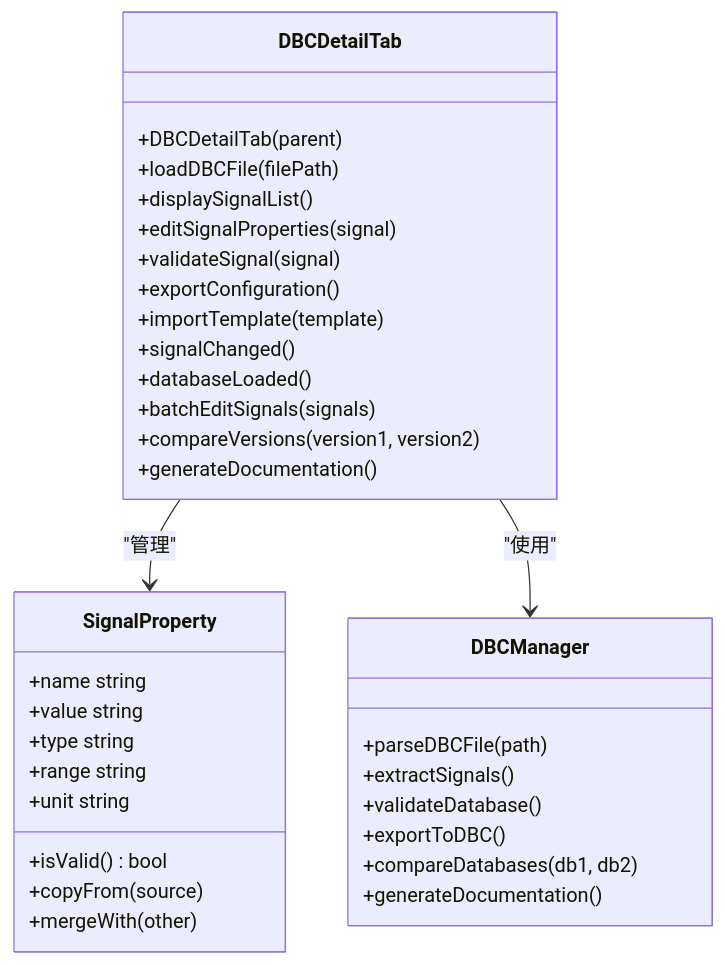
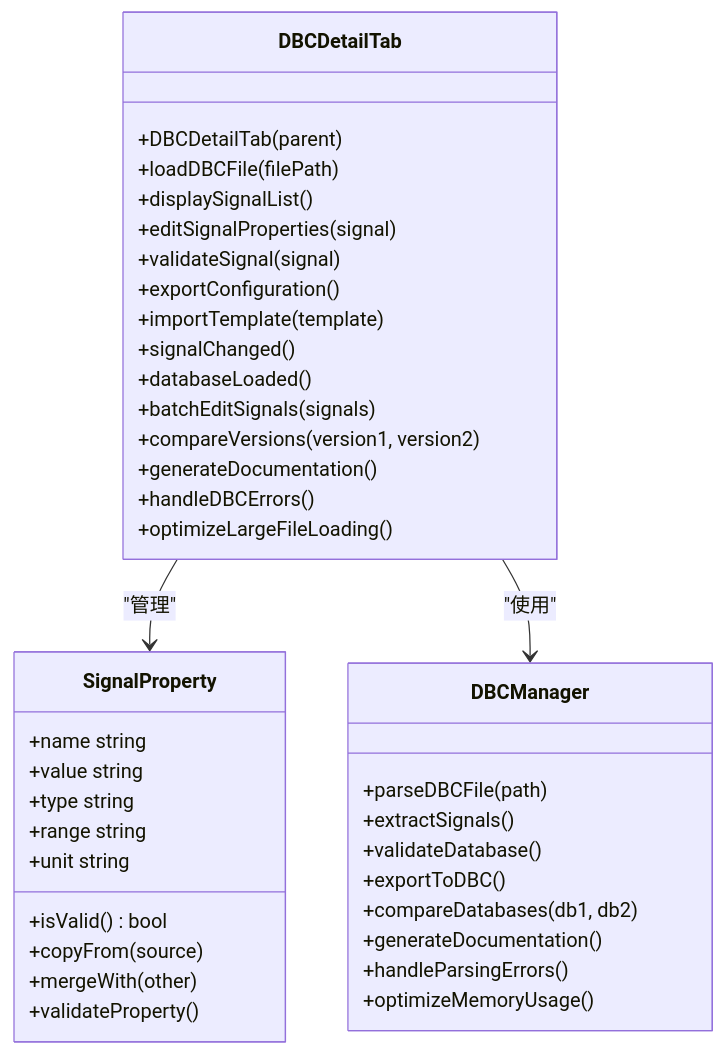
Before and after one commit to jakecai1225-design/OpenBus: diagram 11 of 15 in .qoder/repowiki/zh/content/架构设计/UI系统设计/UI系统设计.md, drawn with Mermaid. The commit also changed other lines of this file and 15 other files, not shown here.

Commit message:
分离试图 拓扑图

````diff
--- a/.qoder/repowiki/zh/content/架构设计/UI系统设计/UI系统设计.md
+++ b/.qoder/repowiki/zh/content/架构设计/UI系统设计/UI系统设计.md
@@ -705,37 +738,42 @@
 ```mermaid
 classDiagram
 class DBCDetailTab {
 +DBCDetailTab(parent)
 +loadDBCFile(filePath)
 +displaySignalList()
 +editSignalProperties(signal)
 +validateSignal(signal)
 +exportConfiguration()
 +importTemplate(template)
 +signalChanged()
 +databaseLoaded()
 +batchEditSignals(signals)
 +compareVersions(version1, version2)
 +generateDocumentation()
++handleDBCErrors()
++optimizeLargeFileLoading()
 }
 class SignalProperty {
 +name string
 +value string
 +type string
 +range string
 +unit string
 +isValid() bool
 +copyFrom(source)
 +mergeWith(other)
++validateProperty()
 }
 class DBCManager {
 +parseDBCFile(path)
 +extractSignals()
 +validateDatabase()
 +exportToDBC()
 +compareDatabases(db1, db2)
 +generateDocumentation()
++handleParsingErrors()
++optimizeMemoryUsage()
 }
 DBCDetailTab --> SignalProperty : "管理"
 DBCDetailTab --> DBCManager : "使用"
 ```
````
